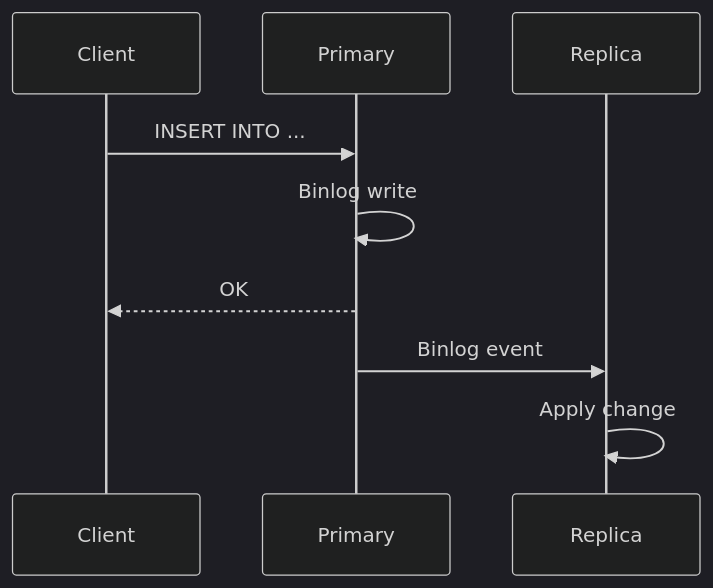
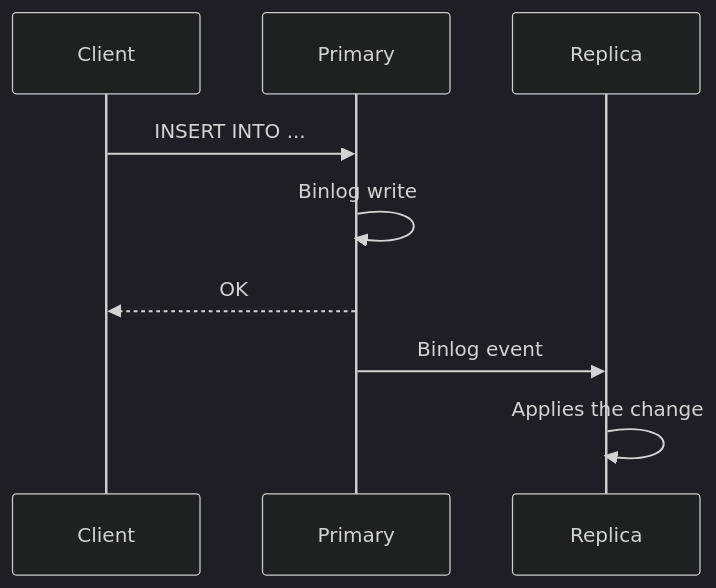
Before and after one commit to HidoraSwiss/hikube-public-doc: the second of 2 diagrams in i18n/en/docusaurus-plugin-content-docs/current/services/databases/mariadb/concepts.md, drawn with Mermaid (dark theme). The commit also changed other lines of this file and 148 other files, not shown here.

````diff
--- a/i18n/en/docusaurus-plugin-content-docs/current/services/databases/mariadb/concepts.md
+++ b/i18n/en/docusaurus-plugin-content-docs/current/services/databases/mariadb/concepts.md
@@ -80,12 +62,12 @@
 ```mermaid
 sequenceDiagram
     participant Client
     participant Primary
     participant Replica
 
     Client->>Primary: INSERT INTO ...
     Primary->>Primary: Binlog write
     Primary-->>Client: OK
     Primary->>Replica: Binlog event
-    Replica->>Replica: Apply change
+    Replica->>Replica: Applies the change
 ```
````
